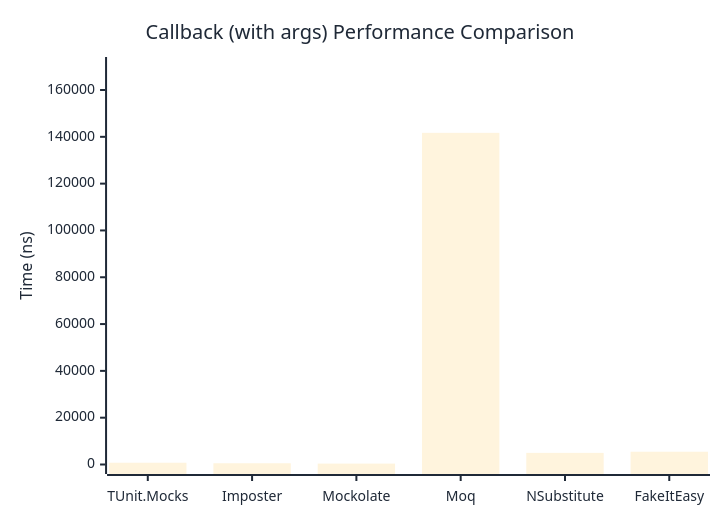
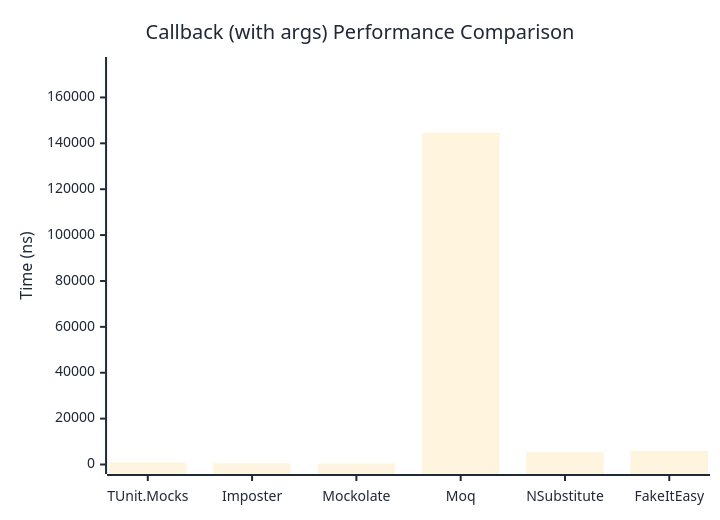
Before and after one commit to thomhurst/TUnit: the second of 2 diagrams in docs/docs/benchmarks/mocks/Callback.md, drawn with Mermaid. The commit also changed other lines of this file and 14 other files, not shown here.

````diff
--- a/docs/docs/benchmarks/mocks/Callback.md
+++ b/docs/docs/benchmarks/mocks/Callback.md
@@ -71,27 +71,27 @@
 ```mermaid
 %%{init: {
   'theme':'base',
   'themeVariables': {
     'primaryColor': '#2563eb',
     'primaryTextColor': '#1f2937',
     'primaryBorderColor': '#1e40af',
     'lineColor': '#6b7280',
     'secondaryColor': '#7c3aed',
     'tertiaryColor': '#dc2626',
     'background': '#ffffff',
     'pie1': '#2563eb',
     'pie2': '#7c3aed',
     'pie3': '#dc2626',
     'pie4': '#f59e0b',
     'pie5': '#10b981',
     'pie6': '#06b6d4',
     'pie7': '#ec4899',
     'pie8': '#6366f1'
   }
 }}%%
 xychart-beta
   title "Callback (with args) Performance Comparison"
   x-axis ["TUnit.Mocks", "Imposter", "Mockolate", "Moq", "NSubstitute", "FakeItEasy"]
-  y-axis "Time (ns)" 0 --> 170042
-  bar [757.4, 532.1, 387.8, 141701.3, 4964.8, 5455.2]
+  y-axis "Time (ns)" 0 --> 173485
+  bar [861.7, 564.3, 408.7, 144570.4, 5277.4, 5966.4]
 ```
````
